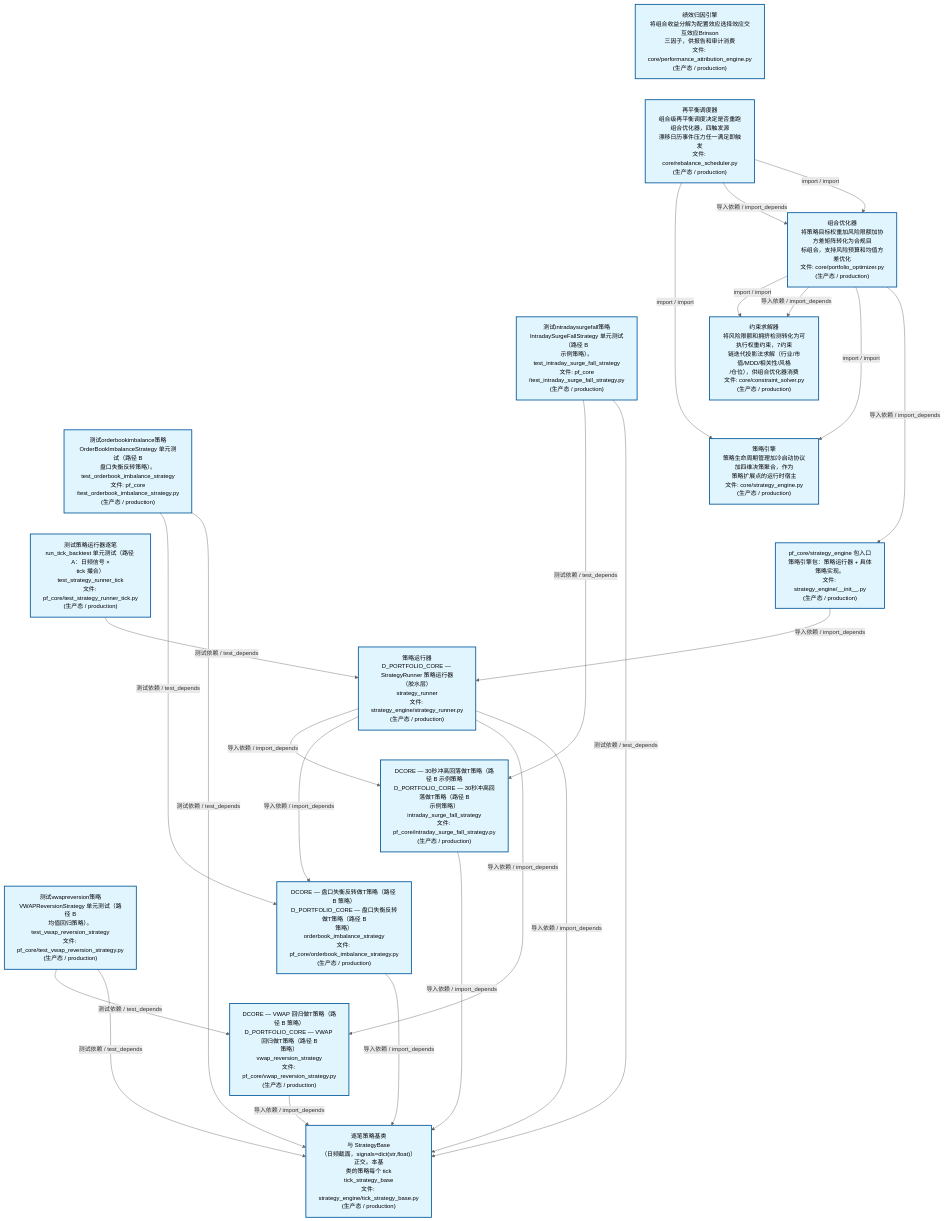
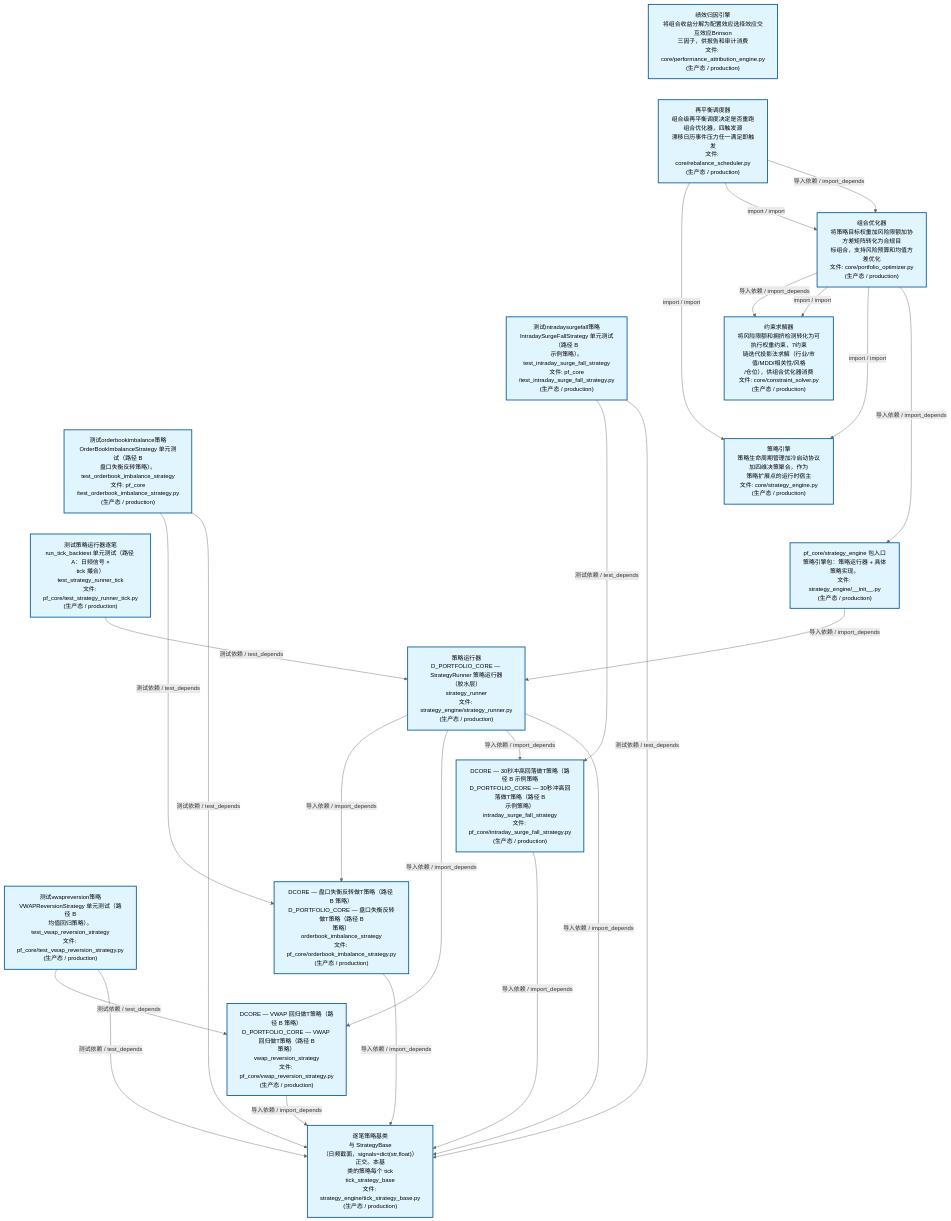
Before and after one commit to xuanFelixVan/ZephyrAlpha: the second of 4 diagrams in docs/02_enterprise_architecture/02_domain_architecture_docs/63_d_pf_core.md, drawn with Mermaid. The commit also changed other lines of this file and 45 other files, not shown here.

````diff
--- a/docs/02_enterprise_architecture/02_domain_architecture_docs/63_d_pf_core.md
+++ b/docs/02_enterprise_architecture/02_domain_architecture_docs/63_d_pf_core.md
@@ -140,55 +140,55 @@
 ```mermaid
 %%{init: {'theme': 'base', 'themeVariables': {'primaryColor': '#eaeaea', 'primaryTextColor': '#333333', 'primaryBorderColor': '#666666', 'lineColor': '#666666', 'secondaryColor': '#eaeaea', 'tertiaryColor': '#eaeaea', 'fontSize': '14px'}}}%%
 flowchart TD
     src_zephyr_pf_core_core_performance_attribution_engine_py["绩效归因引擎<br/>将组合收益分解为配置效应选择效应交互效应Brinson<br/>三因子，供报告和审计消费<br/>文件: core/performance_attribution_engine.py<br/>(生产态 / production)"]
     src_zephyr_pf_core_core_rebalance_scheduler_py["再平衡调度器<br/>组合级再平衡调度决定是否重跑组合优化器，四触发源<br/>漂移日历事件压力任一满足即触发<br/>文件: core/rebalance_scheduler.py<br/>(生产态 / production)"]
     tests_pf_core_test_intraday_surge_fall_strategy_py["测试intradaysurgefall策略<br/>IntradaySurgeFallStrategy 单元测试（路径 B<br/>示例策略）。<br/>test_intraday_surge_fall_strategy<br/>文件: pf_core<br/>/test_intraday_surge_fall_strategy.py<br/>(生产态 / production)"]
     tests_pf_core_test_orderbook_imbalance_strategy_py["测试orderbookimbalance策略<br/>OrderBookImbalanceStrategy 单元测试（路径 B<br/>盘口失衡反转策略）。<br/>test_orderbook_imbalance_strategy<br/>文件: pf_core<br/>/test_orderbook_imbalance_strategy.py<br/>(生产态 / production)"]
     tests_pf_core_test_strategy_runner_tick_py["测试策略运行器逐笔<br/>run_tick_backtest 单元测试（路径 A：日频信号 ×<br/>tick 撮合）<br/>test_strategy_runner_tick<br/>文件: pf_core/test_strategy_runner_tick.py<br/>(生产态 / production)"]
     tests_pf_core_test_vwap_reversion_strategy_py["测试vwapreversion策略<br/>VWAPReversionStrategy 单元测试（路径 B<br/>均值回归策略）。<br/>test_vwap_reversion_strategy<br/>文件: pf_core/test_vwap_reversion_strategy.py<br/>(生产态 / production)"]
     src_zephyr_pf_core_core_performance_attribution_engine_py ~~~ src_zephyr_pf_core_core_rebalance_scheduler_py
     src_zephyr_pf_core_core_rebalance_scheduler_py ~~~ tests_pf_core_test_intraday_surge_fall_strategy_py
     tests_pf_core_test_intraday_surge_fall_strategy_py ~~~ tests_pf_core_test_orderbook_imbalance_strategy_py
     tests_pf_core_test_orderbook_imbalance_strategy_py ~~~ tests_pf_core_test_strategy_runner_tick_py
     tests_pf_core_test_strategy_runner_tick_py ~~~ tests_pf_core_test_vwap_reversion_strategy_py
     src_zephyr_pf_core_core_portfolio_optimizer_py["组合优化器<br/>将策略目标权重加风险限额加协方差矩阵转化为合规目<br/>标组合，支持风险预算和均值方差优化<br/>文件: core/portfolio_optimizer.py<br/>(生产态 / production)"]
     src_zephyr_pf_core_core_constraint_solver_py["约束求解器<br/>将风险限额和拥挤检测转化为可执行权重约束，7约束<br/>链迭代投影法求解（行业/市值/MDD/相关性/风格<br/>/仓位），供组合优化器消费<br/>文件: core/constraint_solver.py<br/>(生产态 / production)"]
     src_zephyr_pf_core_core_strategy_engine_py["策略引擎<br/>策略生命周期管理加冷启动协议加四维决策聚合，作为<br/>策略扩展点的运行时宿主<br/>文件: core/strategy_engine.py<br/>(生产态 / production)"]
     src_zephyr_pf_core_strategy_engine_init_py["pf_core/strategy_engine 包入口<br/>策略引擎包：策略运行器 + 具体策略实现。<br/>文件: strategy_engine/__init__.py<br/>(生产态 / production)"]
     src_zephyr_pf_core_core_constraint_solver_py ~~~ src_zephyr_pf_core_core_strategy_engine_py
     src_zephyr_pf_core_core_strategy_engine_py ~~~ src_zephyr_pf_core_strategy_engine_init_py
     src_zephyr_pf_core_strategy_engine_strategy_runner_py["策略运行器<br/>D_PORTFOLIO_CORE — StrategyRunner 策略运行器<br/>（胶水层）<br/>strategy_runner<br/>文件: strategy_engine/strategy_runner.py<br/>(生产态 / production)"]
     src_zephyr_pf_core_intraday_surge_fall_strategy_py["DCORE — 30秒冲高回落做T策略（路径 B 示例策略<br/>D_PORTFOLIO_CORE — 30秒冲高回落做T策略（路径 B<br/>示例策略）<br/>intraday_surge_fall_strategy<br/>文件: pf_core/intraday_surge_fall_strategy.py<br/>(生产态 / production)"]
     src_zephyr_pf_core_orderbook_imbalance_strategy_py["DCORE — 盘口失衡反转做T策略（路径 B 策略）<br/>D_PORTFOLIO_CORE — 盘口失衡反转做T策略（路径 B<br/>策略）<br/>orderbook_imbalance_strategy<br/>文件: pf_core/orderbook_imbalance_strategy.py<br/>(生产态 / production)"]
     src_zephyr_pf_core_vwap_reversion_strategy_py["DCORE — VWAP 回归做T策略（路径 B 策略）<br/>D_PORTFOLIO_CORE — VWAP 回归做T策略（路径 B<br/>策略）<br/>vwap_reversion_strategy<br/>文件: pf_core/vwap_reversion_strategy.py<br/>(生产态 / production)"]
     src_zephyr_pf_core_intraday_surge_fall_strategy_py ~~~ src_zephyr_pf_core_orderbook_imbalance_strategy_py
     src_zephyr_pf_core_orderbook_imbalance_strategy_py ~~~ src_zephyr_pf_core_vwap_reversion_strategy_py
     src_zephyr_pf_core_strategy_engine_tick_strategy_base_py["逐笔策略基类<br/>与 StrategyBase<br/>（日频截面，signals=dict(str,float)）正交。本基<br/>类的策略每个 tick<br/>tick_strategy_base<br/>文件: strategy_engine/tick_strategy_base.py<br/>(生产态 / production)"]
+    src_zephyr_pf_core_orderbook_imbalance_strategy_py -->|导入依赖 / import_depends| src_zephyr_pf_core_strategy_engine_tick_strategy_base_py
+    src_zephyr_pf_core_vwap_reversion_strategy_py -->|导入依赖 / import_depends| src_zephyr_pf_core_strategy_engine_tick_strategy_base_py
     src_zephyr_pf_core_intraday_surge_fall_strategy_py -->|导入依赖 / import_depends| src_zephyr_pf_core_strategy_engine_tick_strategy_base_py
-    src_zephyr_pf_core_orderbook_imbalance_strategy_py -->|导入依赖 / import_depends| src_zephyr_pf_core_strategy_engine_tick_strategy_base_py
-    src_zephyr_pf_core_core_rebalance_scheduler_py -->|import / import| src_zephyr_pf_core_core_strategy_engine_py
-    src_zephyr_pf_core_core_rebalance_scheduler_py -->|导入依赖 / import_depends| src_zephyr_pf_core_core_portfolio_optimizer_py
-    src_zephyr_pf_core_core_rebalance_scheduler_py -->|import / import| src_zephyr_pf_core_core_portfolio_optimizer_py
+    src_zephyr_pf_core_core_portfolio_optimizer_py -->|导入依赖 / import_depends| src_zephyr_pf_core_core_constraint_solver_py
     src_zephyr_pf_core_core_portfolio_optimizer_py -->|import / import| src_zephyr_pf_core_core_constraint_solver_py
-    src_zephyr_pf_core_core_portfolio_optimizer_py -->|导入依赖 / import_depends| src_zephyr_pf_core_core_constraint_solver_py
     src_zephyr_pf_core_core_portfolio_optimizer_py -->|import / import| src_zephyr_pf_core_core_strategy_engine_py
     src_zephyr_pf_core_core_portfolio_optimizer_py -->|导入依赖 / import_depends| src_zephyr_pf_core_strategy_engine_init_py
-    src_zephyr_pf_core_vwap_reversion_strategy_py -->|导入依赖 / import_depends| src_zephyr_pf_core_strategy_engine_tick_strategy_base_py
+    src_zephyr_pf_core_core_rebalance_scheduler_py -->|import / import| src_zephyr_pf_core_core_strategy_engine_py
+    src_zephyr_pf_core_core_rebalance_scheduler_py -->|import / import| src_zephyr_pf_core_core_portfolio_optimizer_py
+    src_zephyr_pf_core_core_rebalance_scheduler_py -->|导入依赖 / import_depends| src_zephyr_pf_core_core_portfolio_optimizer_py
     src_zephyr_pf_core_strategy_engine_init_py -->|导入依赖 / import_depends| src_zephyr_pf_core_strategy_engine_strategy_runner_py
-    src_zephyr_pf_core_strategy_engine_strategy_runner_py -->|导入依赖 / import_depends| src_zephyr_pf_core_intraday_surge_fall_strategy_py
     src_zephyr_pf_core_strategy_engine_strategy_runner_py -->|导入依赖 / import_depends| src_zephyr_pf_core_orderbook_imbalance_strategy_py
     src_zephyr_pf_core_strategy_engine_strategy_runner_py -->|导入依赖 / import_depends| src_zephyr_pf_core_vwap_reversion_strategy_py
+    src_zephyr_pf_core_strategy_engine_strategy_runner_py -->|导入依赖 / import_depends| src_zephyr_pf_core_intraday_surge_fall_strategy_py
     src_zephyr_pf_core_strategy_engine_strategy_runner_py -->|导入依赖 / import_depends| src_zephyr_pf_core_strategy_engine_tick_strategy_base_py
     tests_pf_core_test_orderbook_imbalance_strategy_py -->|测试依赖 / test_depends| src_zephyr_pf_core_orderbook_imbalance_strategy_py
     tests_pf_core_test_orderbook_imbalance_strategy_py -->|测试依赖 / test_depends| src_zephyr_pf_core_strategy_engine_tick_strategy_base_py
     tests_pf_core_test_intraday_surge_fall_strategy_py -->|测试依赖 / test_depends| src_zephyr_pf_core_intraday_surge_fall_strategy_py
     tests_pf_core_test_intraday_surge_fall_strategy_py -->|测试依赖 / test_depends| src_zephyr_pf_core_strategy_engine_tick_strategy_base_py
     tests_pf_core_test_strategy_runner_tick_py -->|测试依赖 / test_depends| src_zephyr_pf_core_strategy_engine_strategy_runner_py
     tests_pf_core_test_vwap_reversion_strategy_py -->|测试依赖 / test_depends| src_zephyr_pf_core_vwap_reversion_strategy_py
     tests_pf_core_test_vwap_reversion_strategy_py -->|测试依赖 / test_depends| src_zephyr_pf_core_strategy_engine_tick_strategy_base_py
     classDef production fill:#e1f5fe,stroke:#01579b,stroke-width:2px,color:#000
     classDef design fill:#fff3e0,stroke:#e65100,stroke-width:2px,color:#000,stroke-dasharray: 5 5
     classDef external_prod fill:#e8f4fd,stroke:#0277bd,stroke-width:1px,color:#000
     classDef external_design fill:#fff8e7,stroke:#ef6c00,stroke-width:1px,color:#000,stroke-dasharray: 5 5
     class src_zephyr_pf_core_core_constraint_solver_py,src_zephyr_pf_core_core_performance_attribution_engine_py,src_zephyr_pf_core_core_portfolio_optimizer_py,src_zephyr_pf_core_core_rebalance_scheduler_py,src_zephyr_pf_core_core_strategy_engine_py,src_zephyr_pf_core_intraday_surge_fall_strategy_py,src_zephyr_pf_core_orderbook_imbalance_strategy_py,src_zephyr_pf_core_strategy_engine_init_py,src_zephyr_pf_core_strategy_engine_strategy_runner_py,src_zephyr_pf_core_strategy_engine_tick_strategy_base_py,src_zephyr_pf_core_vwap_reversion_strategy_py,tests_pf_core_test_intraday_surge_fall_strategy_py,tests_pf_core_test_orderbook_imbalance_strategy_py,tests_pf_core_test_strategy_runner_tick_py,tests_pf_core_test_vwap_reversion_strategy_py production
 ```
````
